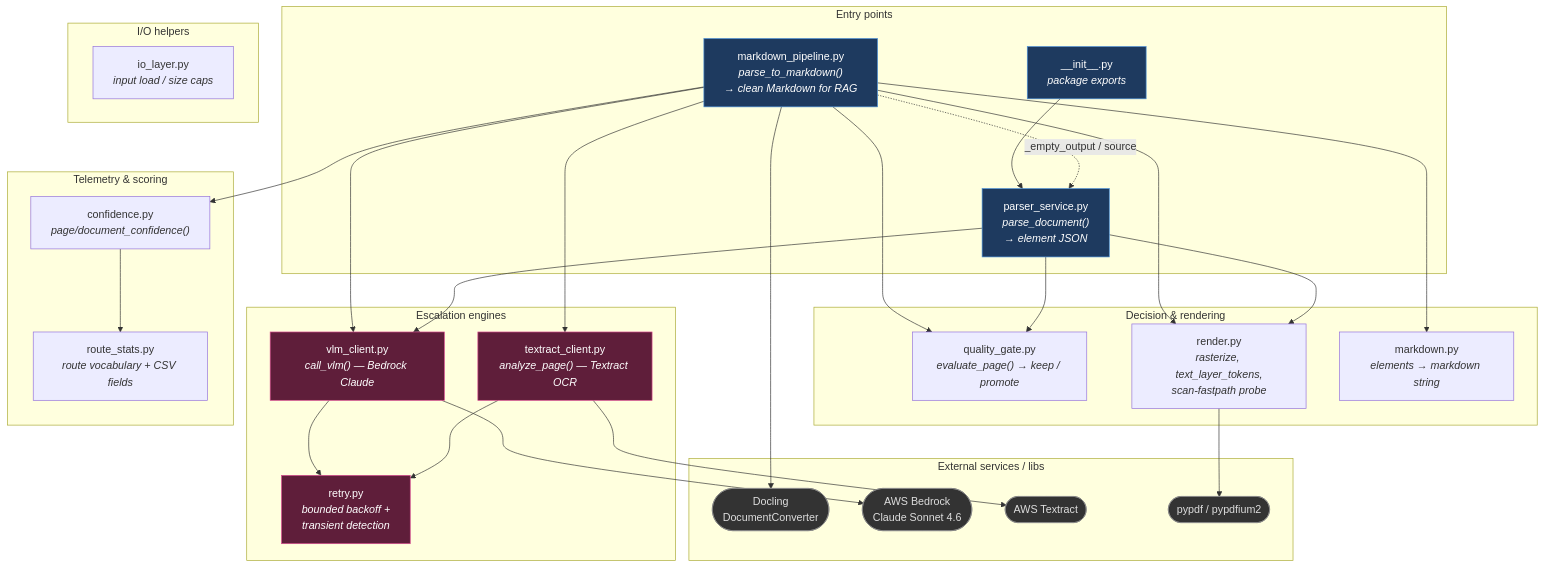
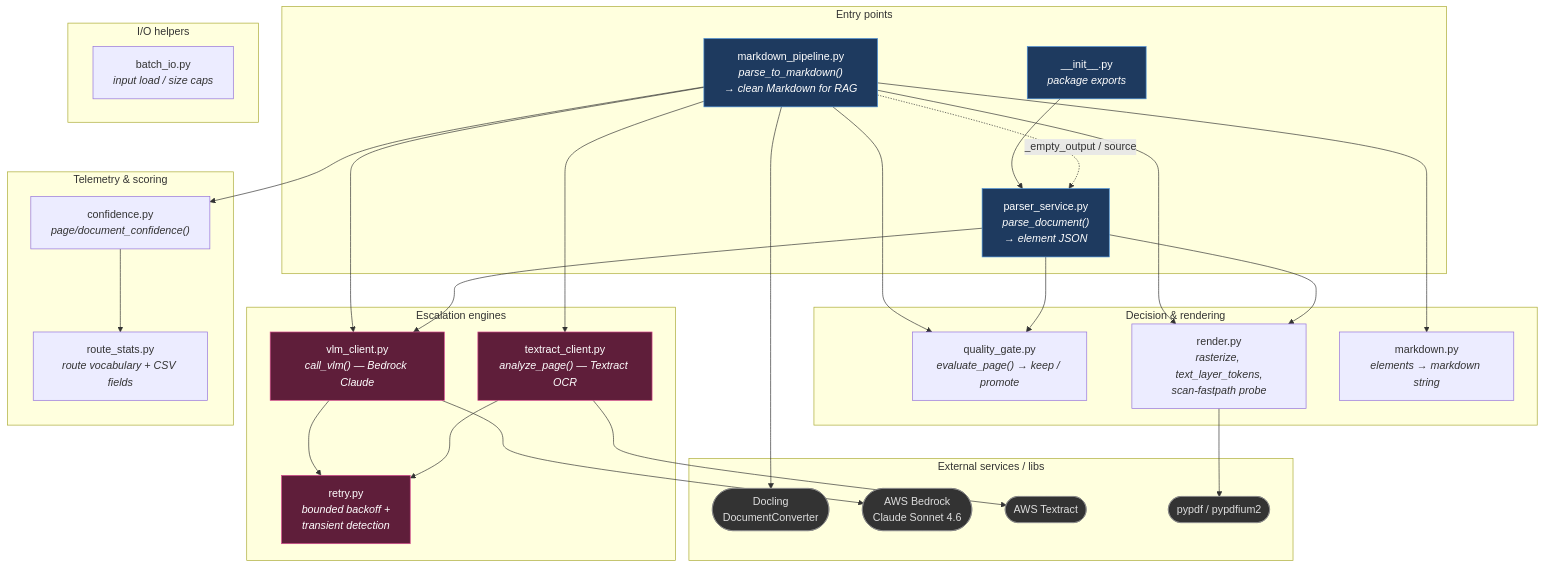
Before and after one commit to anguyenbus/doc-parser: the first of 2 diagrams in docs/architecture.md, drawn with Mermaid. The commit also changed other lines of this file and 30 other files, not shown here.

````diff
--- a/docs/architecture.md
+++ b/docs/architecture.md
@@ -9,63 +9,63 @@
 ```mermaid
 graph TD
     subgraph entry["Entry points"]
         MP["markdown_pipeline.py<br/><i>parse_to_markdown()<br/>→ clean Markdown for RAG</i>"]
         PS["parser_service.py<br/><i>parse_document()<br/>→ element JSON</i>"]
         INIT["__init__.py<br/><i>package exports</i>"]
     end
 
     subgraph decide["Decision & rendering"]
         QG["quality_gate.py<br/><i>evaluate_page() → keep / promote</i>"]
         RENDER["render.py<br/><i>rasterize, text_layer_tokens,<br/>scan-fastpath probe</i>"]
         MD["markdown.py<br/><i>elements → markdown string</i>"]
     end
 
     subgraph engines["Escalation engines"]
         VLM["vlm_client.py<br/><i>call_vlm() — Bedrock Claude</i>"]
         TX["textract_client.py<br/><i>analyze_page() — Textract OCR</i>"]
         RETRY["retry.py<br/><i>bounded backoff +<br/>transient detection</i>"]
     end
 
     subgraph telem["Telemetry & scoring"]
         CONF["confidence.py<br/><i>page/document_confidence()</i>"]
         RS["route_stats.py<br/><i>route vocabulary + CSV fields</i>"]
     end
 
     subgraph io["I/O helpers"]
-        IOL["io_layer.py<br/><i>input load / size caps</i>"]
+        IOL["batch_io.py<br/><i>input load / size caps</i>"]
     end
 
     INIT --> PS
     MP --> QG
     MP --> RENDER
     MP --> MD
     MP --> VLM
     MP --> TX
     MP --> CONF
     MP -. "_empty_output / source" .-> PS
     PS --> QG
     PS --> RENDER
     PS --> VLM
     CONF --> RS
     VLM --> RETRY
     TX --> RETRY
 
     subgraph ext["External services / libs"]
         DOCLING(["Docling<br/>DocumentConverter"])
         BEDROCK(["AWS Bedrock<br/>Claude Sonnet 4.6"])
         TEXTRACT(["AWS Textract"])
         PYPDF(["pypdf / pypdfium2"])
     end
 
     MP --> DOCLING
     RENDER --> PYPDF
     VLM --> BEDROCK
     TX --> TEXTRACT
 
     classDef entryC fill:#1e3a5f,stroke:#4a90d9,color:#fff
     classDef engineC fill:#5f1e3a,stroke:#d94a90,color:#fff
     classDef extC fill:#333,stroke:#888,color:#ddd
     class MP,PS,INIT entryC
     class VLM,TX,RETRY engineC
     class DOCLING,BEDROCK,TEXTRACT,PYPDF extC
 ```
````
